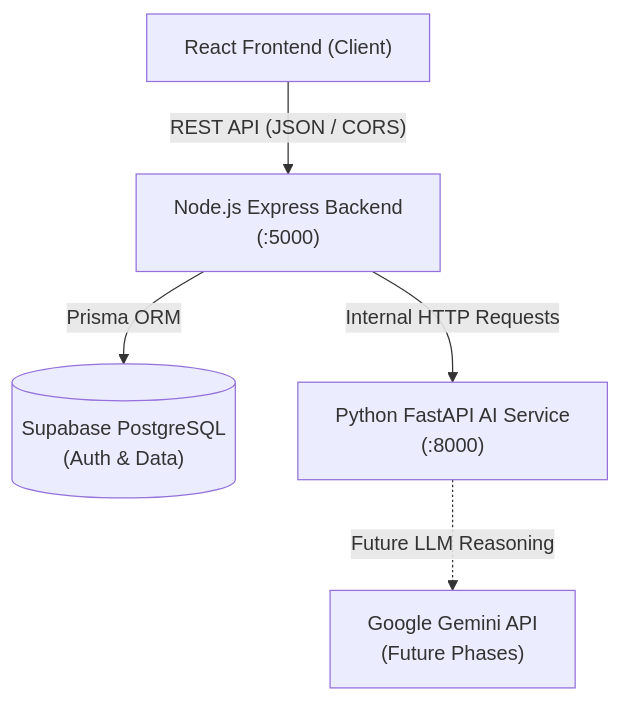
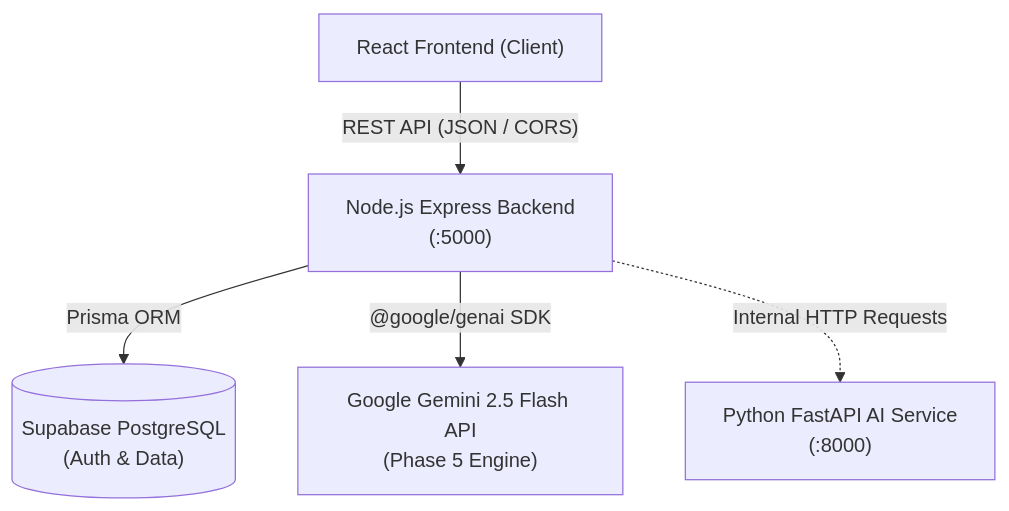
The diagram in backend/docs/ARCHITECTURE.md (ZEESHAN0603/PromptWar), drawn with Mermaid before and after one commit. The commit also changed 28 other files, not shown here.

Commit message:
Phase 5 Completed -- Personalized Ideas AI (Gemini Integration)

````diff
--- a/backend/docs/ARCHITECTURE.md
+++ b/backend/docs/ARCHITECTURE.md
@@ -7,13 +7,13 @@
 ```mermaid
 flowchart TD
     Client["React Frontend (Client)"]
     Backend["Node.js Express Backend\n(:5000)"]
     Database[("Supabase PostgreSQL\n(Auth & Data)")]
     AIService["Python FastAPI AI Service\n(:8000)"]
-    Gemini["Google Gemini API\n(Future Phases)"]
+    Gemini["Google Gemini 2.5 Flash API\n(Phase 5 Engine)"]
 
     Client -->|"REST API (JSON / CORS)"| Backend
     Backend -->|"Prisma ORM"| Database
-    Backend -->|"Internal HTTP Requests"| AIService
-    AIService -.->|"Future LLM Reasoning"| Gemini
+    Backend -->|"@google/genai SDK"| Gemini
+    Backend -.->|"Internal HTTP Requests"| AIService
 ```
````
